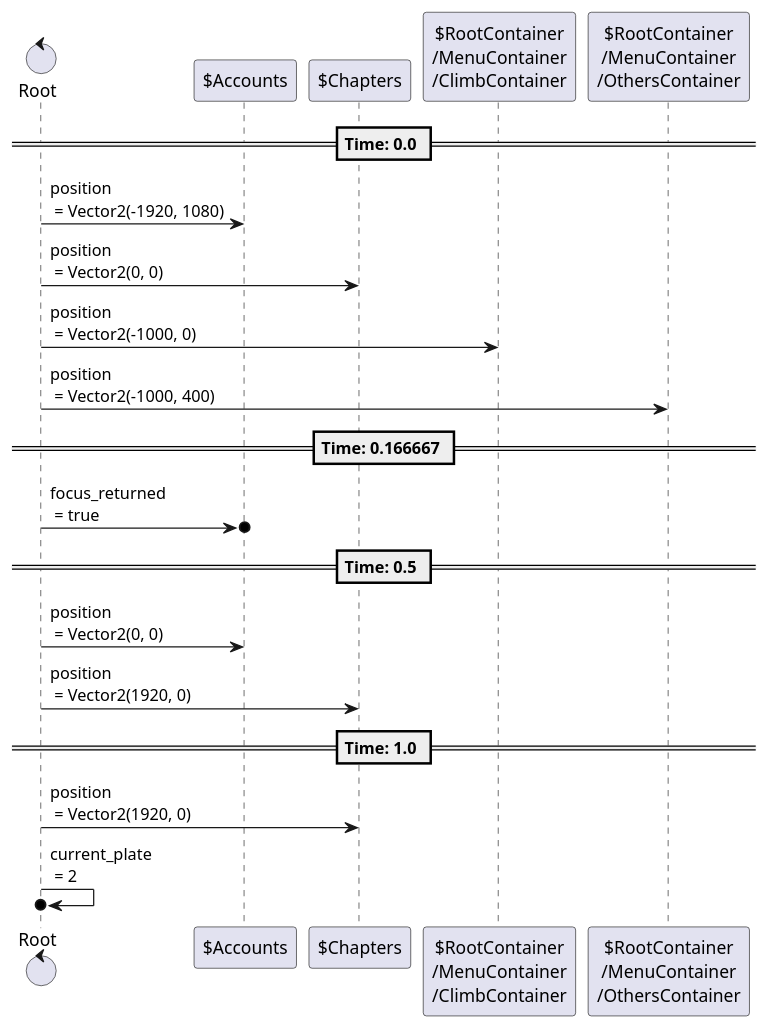
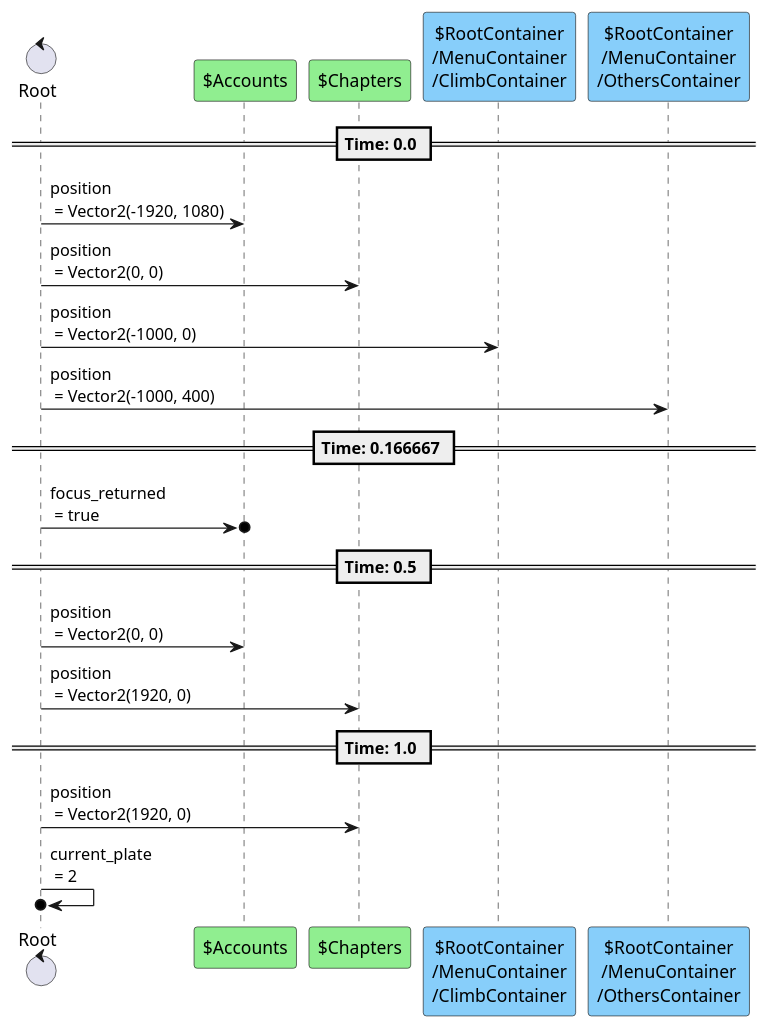
One commit to tkmfujise/Platformer-Game-Learning changed the third of 9 diagrams in content/scenes/src/beginning/menu/menu.tscn.adoc. Above: the diagram before and after it, drawn with PlantUML. The commit also changed other lines of this file and 67 other files, not shown here.

```diff
--- a/content/scenes/src/beginning/menu/menu.tscn.adoc
+++ b/content/scenes/src/beginning/menu/menu.tscn.adoc
@@ -409,26 +409,26 @@
 [plantuml]
 ....
 control "Root" as R
-participant "$Accounts" as T0
-participant "$Chapters" as T1
-participant "$RootContainer\n/MenuContainer\n/ClimbContainer" as T2
-participant "$RootContainer\n/MenuContainer\n/OthersContainer" as T3
+participant "$Accounts" as T0 #90EE90
+participant "$Chapters" as T1 #90EE90
+participant "$RootContainer\n/MenuContainer\n/ClimbContainer" as T2 #87CEFA
+participant "$RootContainer\n/MenuContainer\n/OthersContainer" as T3 #87CEFA
 
 
 
 == Time: 0.0 ==
 R  ->  T0 : position\n = Vector2(-1920, 1080)
 R  ->  T1 : position\n = Vector2(0, 0)
 R  ->  T2 : position\n = Vector2(-1000, 0)
 R  ->  T3 : position\n = Vector2(-1000, 400)
 == Time: 0.166667 ==
 R  ->o  T0 : focus_returned\n = true
 == Time: 0.5 ==
 R  ->  T0 : position\n = Vector2(0, 0)
 R  ->  T1 : position\n = Vector2(1920, 0)
 == Time: 1.0 ==
 R  ->  T1 : position\n = Vector2(1920, 0)
 R  ->o  R : current_plate\n = 2
 
 
 ....
```
